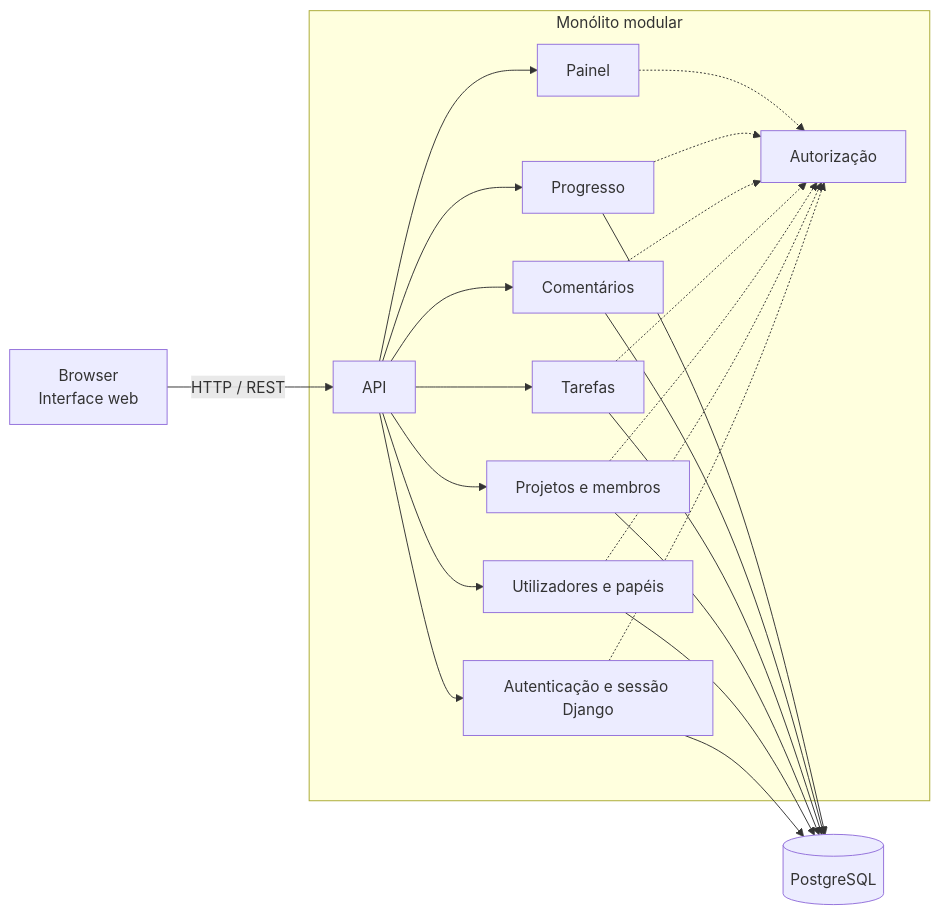
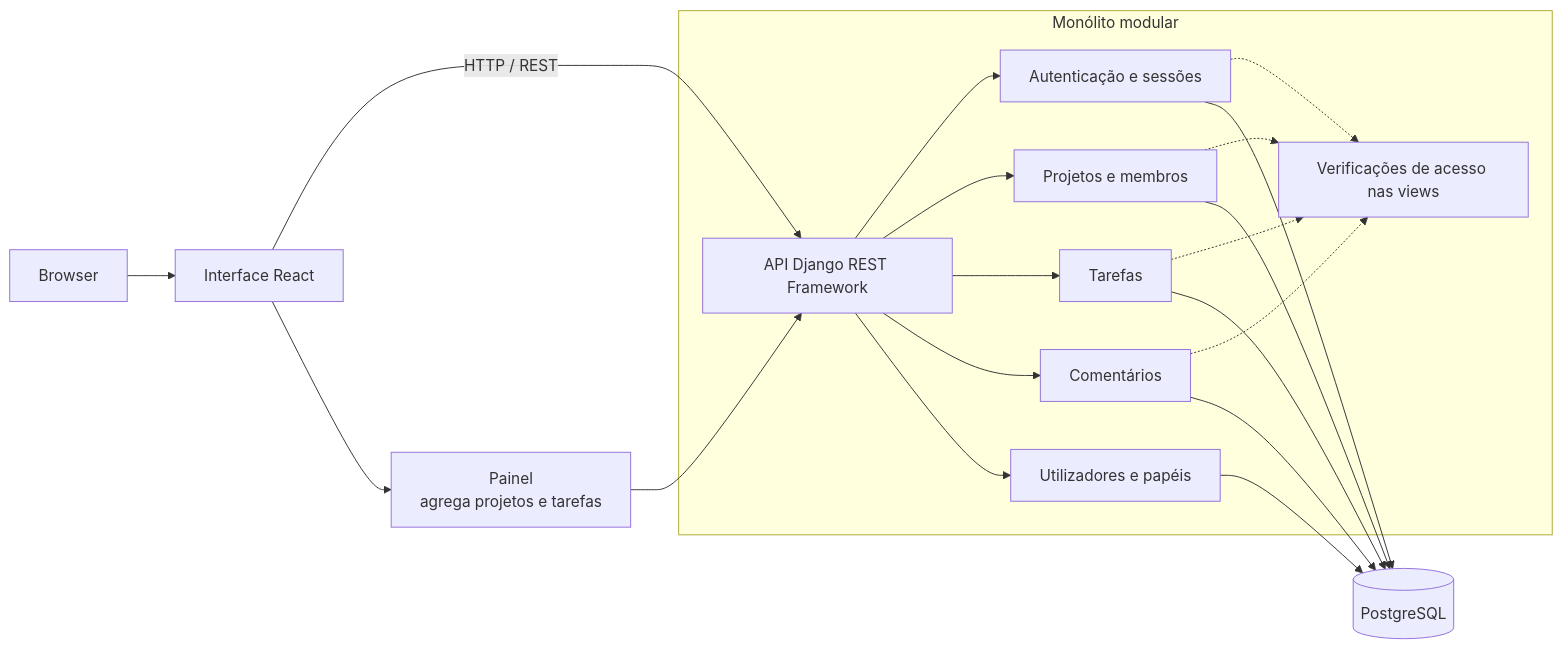
One commit to simcampos/matriz---project-manager changed the diagram in docs/architecture.md. Above: the diagram before and after it, drawn with Mermaid. The commit also changed other lines of this file and 5 other files, not shown here.

````diff
--- a/docs/architecture.md
+++ b/docs/architecture.md
@@ -37,26 +37,23 @@
 ```mermaid
 flowchart LR
-    B[Browser<br/>Interface web] -->|HTTP / REST| A[API]
+    B[Browser] --> WEB[Interface React]
+    WEB -->|HTTP / REST| A[API Django REST Framework]
+    WEB --> DSH[Painel<br/>agrega projetos e tarefas]
     subgraph M[Monólito modular]
-        A --> AUTH[Autenticação e sessão Django]
-        A --> USR[Utilizadores e papéis]
+        A --> AUTH[Autenticação e sessões]
         A --> PRJ[Projetos e membros]
         A --> TSK[Tarefas]
         A --> CMT[Comentários]
-        A --> PRG[Progresso]
-        A --> DSH[Painel]
-        AUTH -.-> AZ[Autorização]
-        USR -.-> AZ
+        A --> ACC[Utilizadores e papéis]
+        AUTH -.-> AZ[Verificações de acesso nas views]
         PRJ -.-> AZ
         TSK -.-> AZ
         CMT -.-> AZ
-        PRG -.-> AZ
-        DSH -.-> AZ
     end
     AUTH --> DB[(PostgreSQL)]
-    USR --> DB
+    ACC --> DB
     PRJ --> DB
     TSK --> DB
     CMT --> DB
-    PRG --> DB
+    DSH --> A
 ```
````
